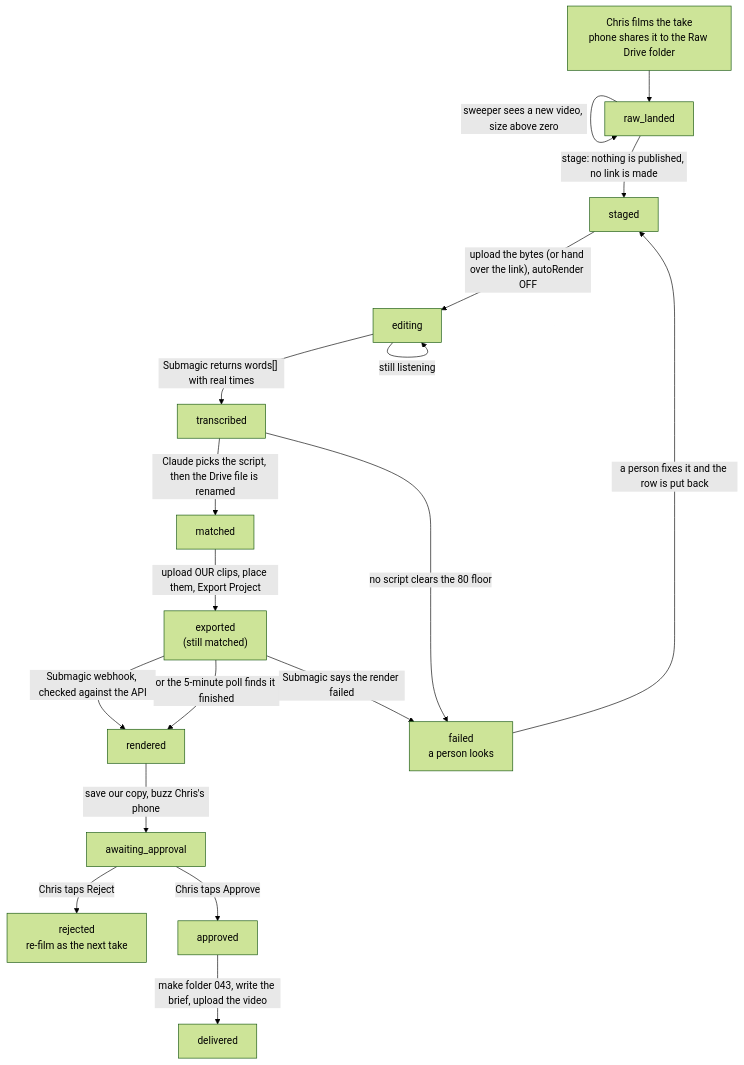
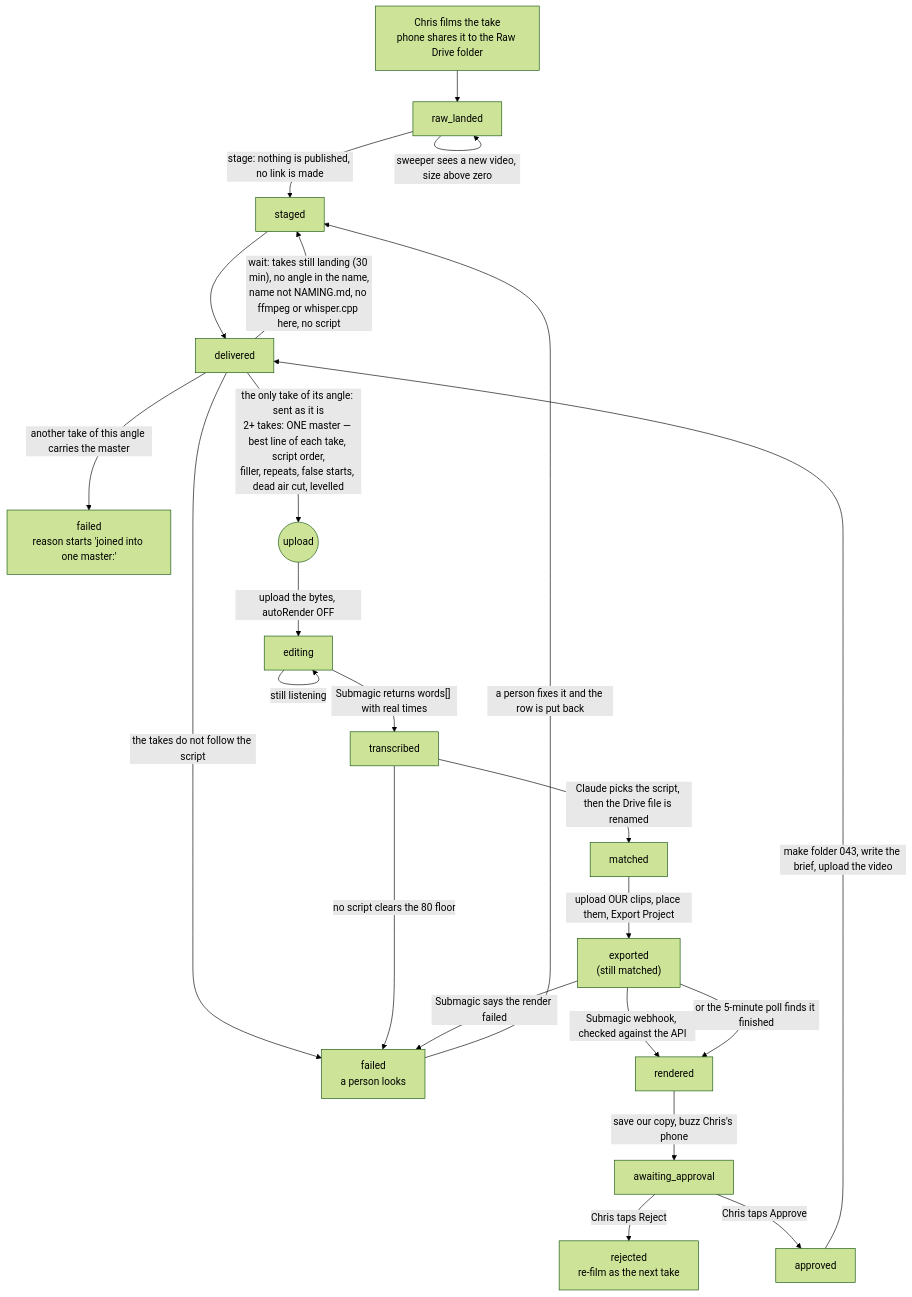
The diagram in docs/journeys/ad-video-flow.md (ZootimusMaximusSupreme/fundhub-platform), drawn with Mermaid (forest theme) before and after one commit. The commit also changed other lines of this file and 1 other file, not shown here.

First line of the commit message:
Ad video journey: the join step at staged, its decisions and its gaps.

````diff
--- a/docs/journeys/ad-video-flow.md
+++ b/docs/journeys/ad-video-flow.md
@@ -22,20 +23,25 @@
 ```mermaid
 flowchart TD
     A["Chris films the take<br/>phone shares it to the Raw Drive folder"] --> B["raw_landed"]
     B -->|"sweeper sees a new video, size above zero"| B
     B -->|"stage: nothing is published, no link is made"| C["staged"]
-    C -->|"upload the bytes (or hand over the link), autoRender OFF"| D["editing"]
+    C --> J{"join step<br/>every take of one angle<br/>(NAMING.md: offer + ad + angle words)"}
+    J -->|"wait: takes still landing (30 min), no angle in the name,<br/>name not NAMING.md, no ffmpeg or whisper.cpp here, no script"| C
+    J -->|"another take of this angle carries the master"| XJ["failed<br/>reason starts 'joined into one master:'"]
+    J -->|"the takes do not follow the script"| X
+    J -->|"the only take of its angle: sent as it is<br/>2+ takes: ONE master — best line of each take, script order,<br/>filler, repeats, false starts, dead air cut, levelled"| U(("upload"))
+    U -->|"upload the bytes, autoRender OFF"| D["editing"]
     D -->|"Submagic returns words[] with real times"| E["transcribed"]
     D -->|"still listening"| D
     E -->|"Claude picks the script, then the Drive file is renamed"| F["matched"]
     E -->|"no script clears the 80 floor"| X["failed<br/>a person looks"]
     F -->|"upload OUR clips, place them, Export Project"| F2["exported<br/>(still matched)"]
     F2 -->|"Submagic webhook, checked against the API"| G["rendered"]
     F2 -->|"or the 5-minute poll finds it finished"| G
     F2 -->|"Submagic says the render failed"| X
     G -->|"save our copy, buzz Chris's phone"| H["awaiting_approval"]
     H -->|"Chris taps Reject"| R["rejected<br/>re-film as the next take"]
     H -->|"Chris taps Approve"| I["approved"]
     I -->|"make folder 043, write the brief, upload the video"| J["delivered"]
     X -->|"a person fixes it and the row is put back"| C
 ```
````
